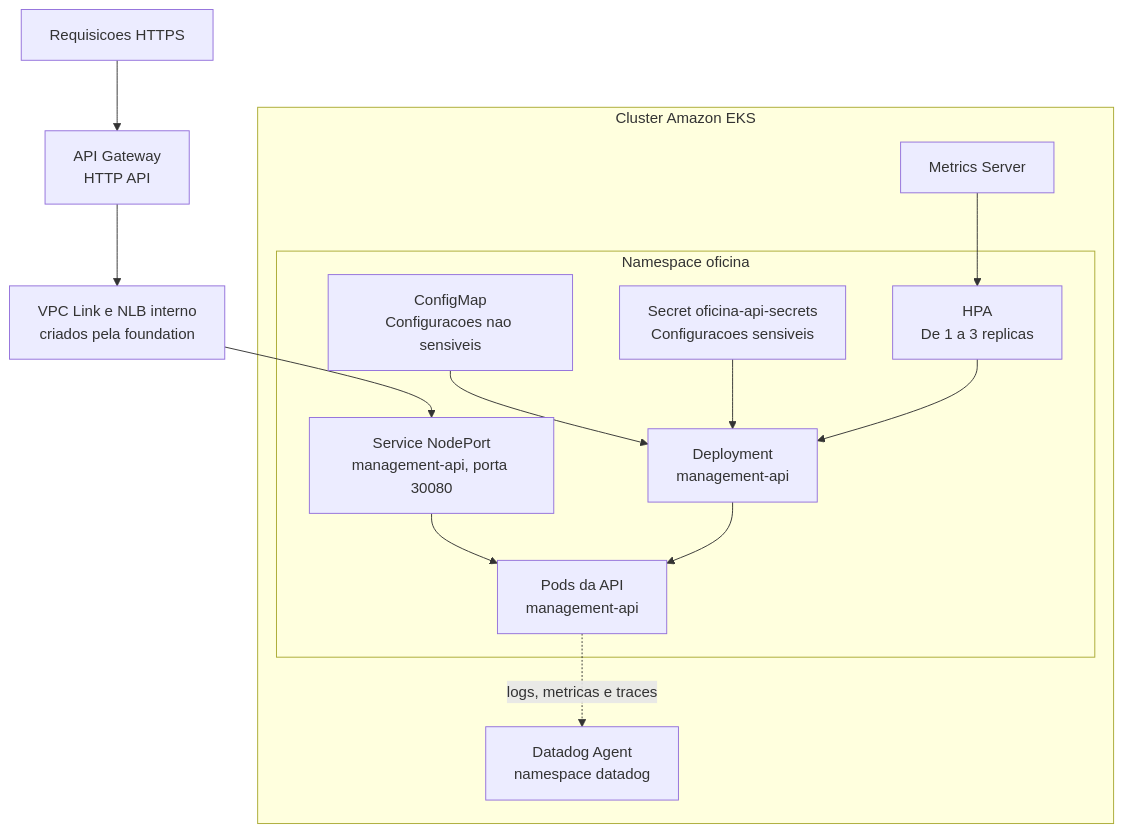
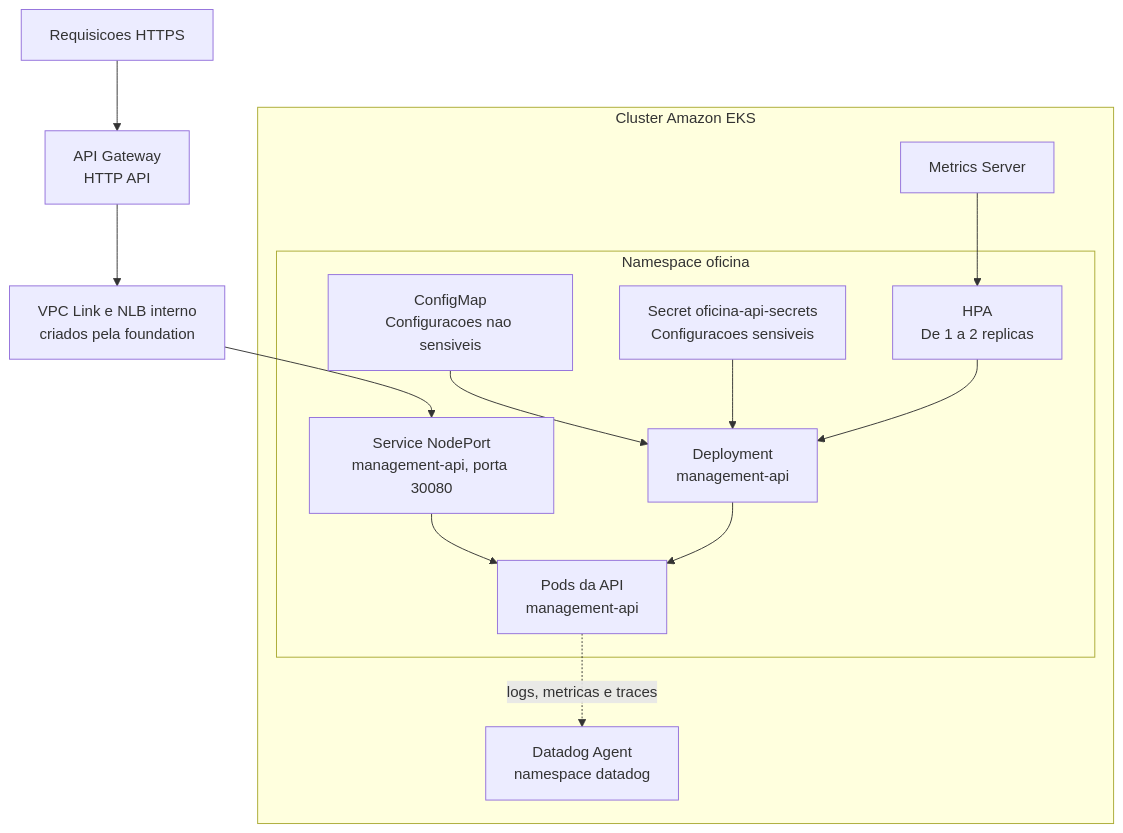
Before and after one commit to GuiToniello/tech-challenge-fase-4-MANAGEMENT-soat16-rm374658: the diagram in kubernetes/k8s/README.md, drawn with Mermaid. The commit also changed other lines of this file and 48 other files, not shown here.

````diff
--- a/kubernetes/k8s/README.md
+++ b/kubernetes/k8s/README.md
@@ -33,21 +33,21 @@
 ```mermaid
 flowchart TD
   Request[Requisicoes HTTPS] --> Gateway[API Gateway\nHTTP API]
   Gateway --> NLB[VPC Link e NLB interno\ncriados pela foundation]
 
   subgraph EKS[Cluster Amazon EKS]
     subgraph Oficina[Namespace oficina]
       Service[Service NodePort\nmanagement-api, porta 30080] --> Pods[Pods da API\nmanagement-api]
       Deployment[Deployment\nmanagement-api] --> Pods
 
       ConfigMap[ConfigMap\nConfiguracoes nao sensiveis] --> Deployment
       Secret[Secret oficina-api-secrets\nConfiguracoes sensiveis] --> Deployment
-      HPA[HPA\nDe 1 a 3 replicas] --> Deployment
+      HPA[HPA\nDe 1 a 2 replicas] --> Deployment
     end
 
     Metrics[Metrics Server] --> HPA
     Pods -.->|logs, metricas e traces| Agent[Datadog Agent\nnamespace datadog]
   end
 
   NLB --> Service
 ```
````
